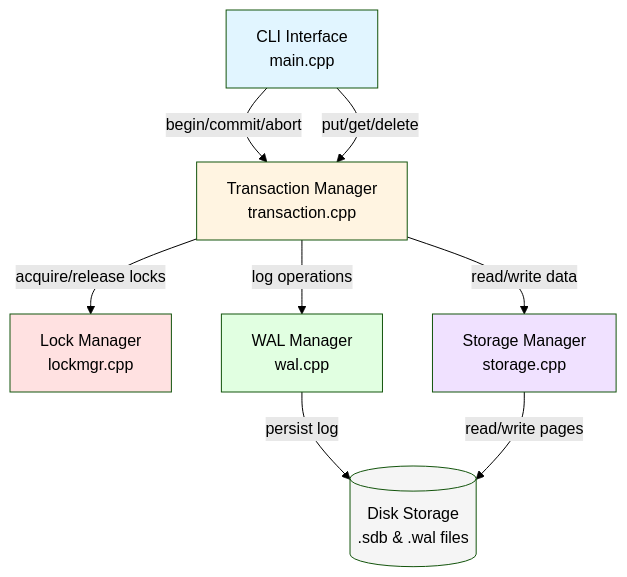
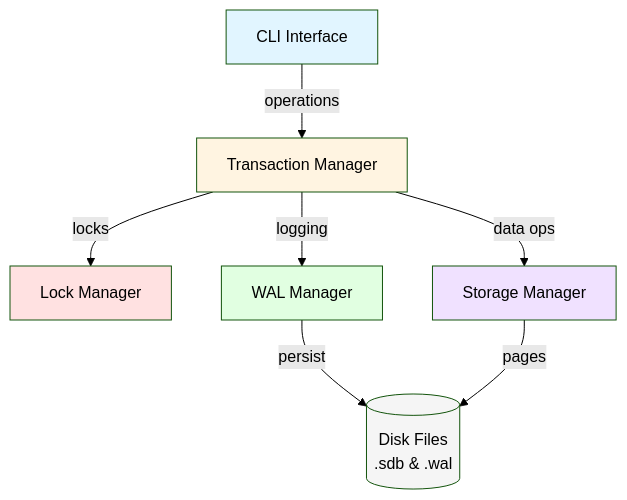
One commit to ruskaruma/StoneDB-engine changed the first of 10 diagrams in ARCHITECTURE.md. Above: the diagram before and after it, drawn with Mermaid (forest theme). The commit also changed other lines of this file and 6 other files, not shown here.

Commit message:
feat: add architecture docs

````diff
--- a/ARCHITECTURE.md
+++ b/ARCHITECTURE.md
@@ -9,26 +5,23 @@
 ```mermaid
 graph TB
-    CLI[CLI Interface<br/>main.cpp]
-    TXN[Transaction Manager<br/>transaction.cpp]
-    LOCK[Lock Manager<br/>lockmgr.cpp]
-    WAL[WAL Manager<br/>wal.cpp]
-    STORAGE[Storage Manager<br/>storage.cpp]
-    DISK[(Disk Storage<br/>.sdb & .wal files)]
+    CLI[CLI Interface]
+    TXN[Transaction Manager]
+    LOCK[Lock Manager]
+    WAL[WAL Manager]
+    STORAGE[Storage Manager]
+    DISK[(Disk Files<br/>.sdb & .wal)]
     
-    CLI -->|begin/commit/abort| TXN
-    CLI -->|put/get/delete| TXN
-    
-    TXN -->|acquire/release locks| LOCK
-    TXN -->|log operations| WAL
-    TXN -->|read/write data| STORAGE
-    
-    WAL -->|persist log| DISK
-    STORAGE -->|read/write pages| DISK
+    CLI -->|operations| TXN
+    TXN -->|locks| LOCK
+    TXN -->|logging| WAL
+    TXN -->|data ops| STORAGE
+    WAL -->|persist| DISK
+    STORAGE -->|pages| DISK
     
     style CLI fill:#e1f5ff
     style TXN fill:#fff4e1
     style LOCK fill:#ffe1e1
     style WAL fill:#e1ffe1
     style STORAGE fill:#f0e1ff
     style DISK fill:#f5f5f5
 ```
````
